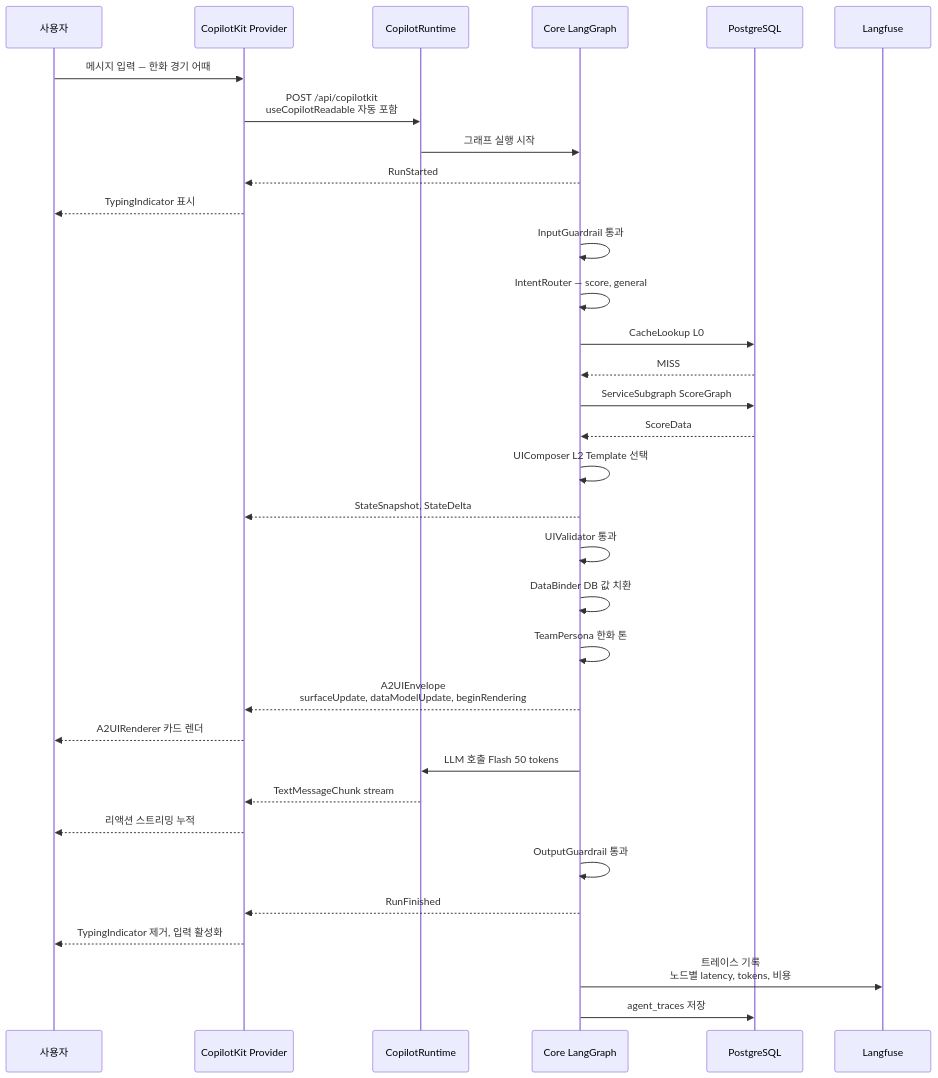
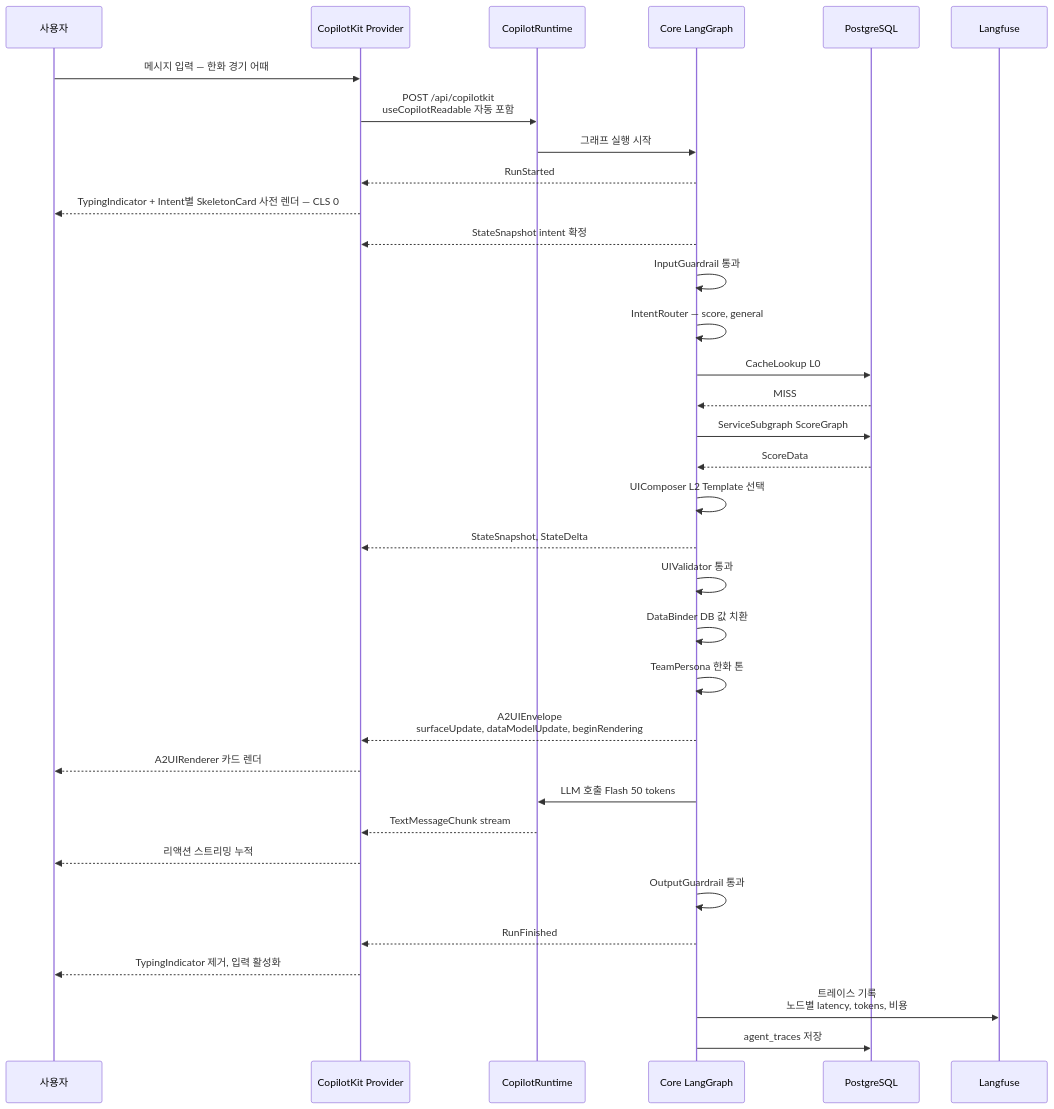
Before and after one commit to leonardo204/Batdi: the second of 5 diagrams in docs/plan/batdi-architecture.md, drawn with Mermaid. The commit also changed other lines of this file and 4 other files, not shown here.

````diff
--- a/docs/plan/batdi-architecture.md
+++ b/docs/plan/batdi-architecture.md
@@ -154,40 +154,41 @@
 ```mermaid
 sequenceDiagram
     participant U as 사용자
     participant C as CopilotKit Provider
     participant R as CopilotRuntime
     participant G as Core LangGraph
     participant P as PostgreSQL
     participant L as Langfuse
 
     U->>C: 메시지 입력 — 한화 경기 어때
     C->>R: POST /api/copilotkit<br>useCopilotReadable 자동 포함
     R->>G: 그래프 실행 시작
     G-->>C: RunStarted
-    C-->>U: TypingIndicator 표시
+    C-->>U: TypingIndicator + Intent별 SkeletonCard 사전 렌더 — CLS 0
+    G-->>C: StateSnapshot intent 확정
 
     G->>G: InputGuardrail 통과
     G->>G: IntentRouter — score, general
     G->>P: CacheLookup L0
     P-->>G: MISS
 
     G->>P: ServiceSubgraph ScoreGraph
     P-->>G: ScoreData
     G->>G: UIComposer L2 Template 선택
     G-->>C: StateSnapshot, StateDelta
     G->>G: UIValidator 통과
     G->>G: DataBinder DB 값 치환
     G->>G: TeamPersona 한화 톤
     G-->>C: A2UIEnvelope<br>surfaceUpdate, dataModelUpdate, beginRendering
     C-->>U: A2UIRenderer 카드 렌더
 
     G->>R: LLM 호출 Flash 50 tokens
     R-->>C: TextMessageChunk stream
     C-->>U: 리액션 스트리밍 누적
     G->>G: OutputGuardrail 통과
     G-->>C: RunFinished
     C-->>U: TypingIndicator 제거, 입력 활성화
 
     G->>L: 트레이스 기록<br>노드별 latency, tokens, 비용
     G->>P: agent_traces 저장
 ```
````
